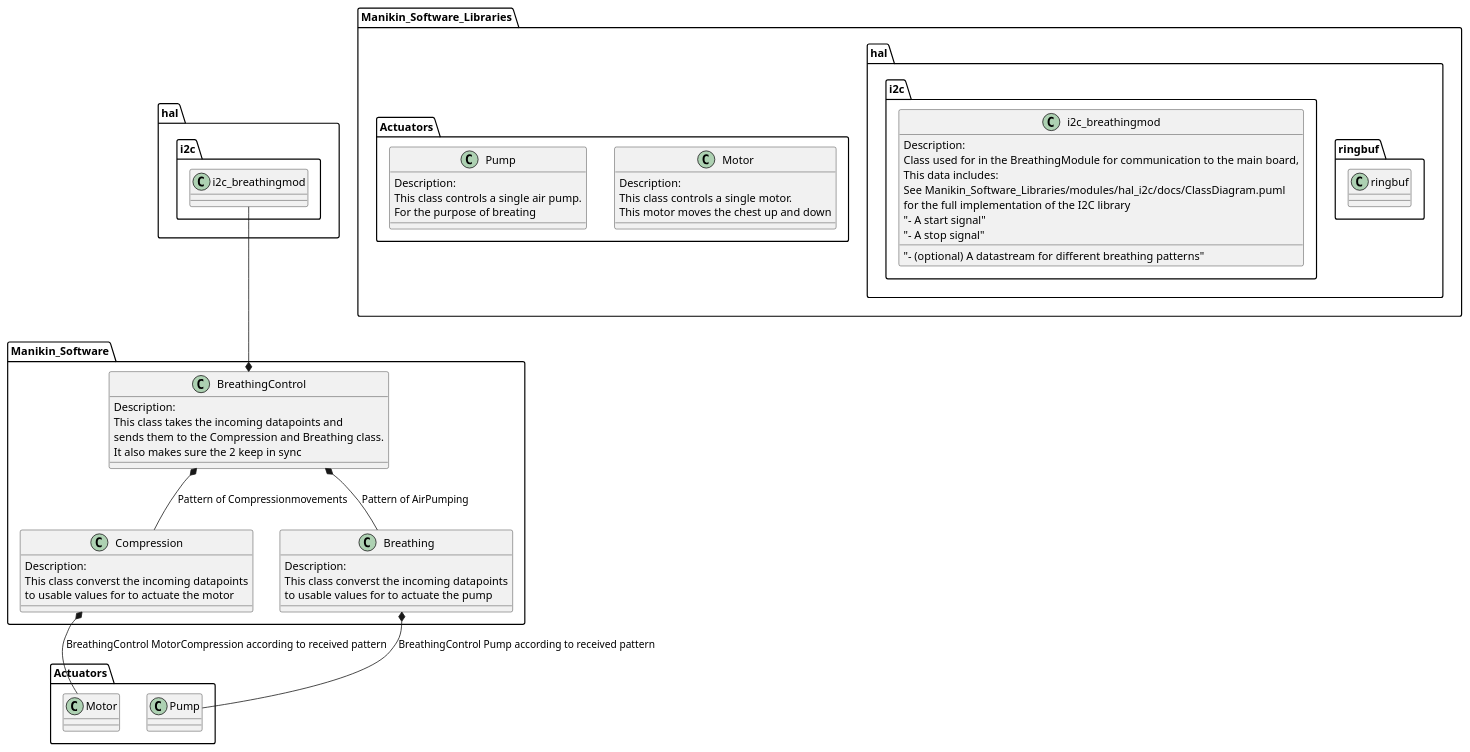
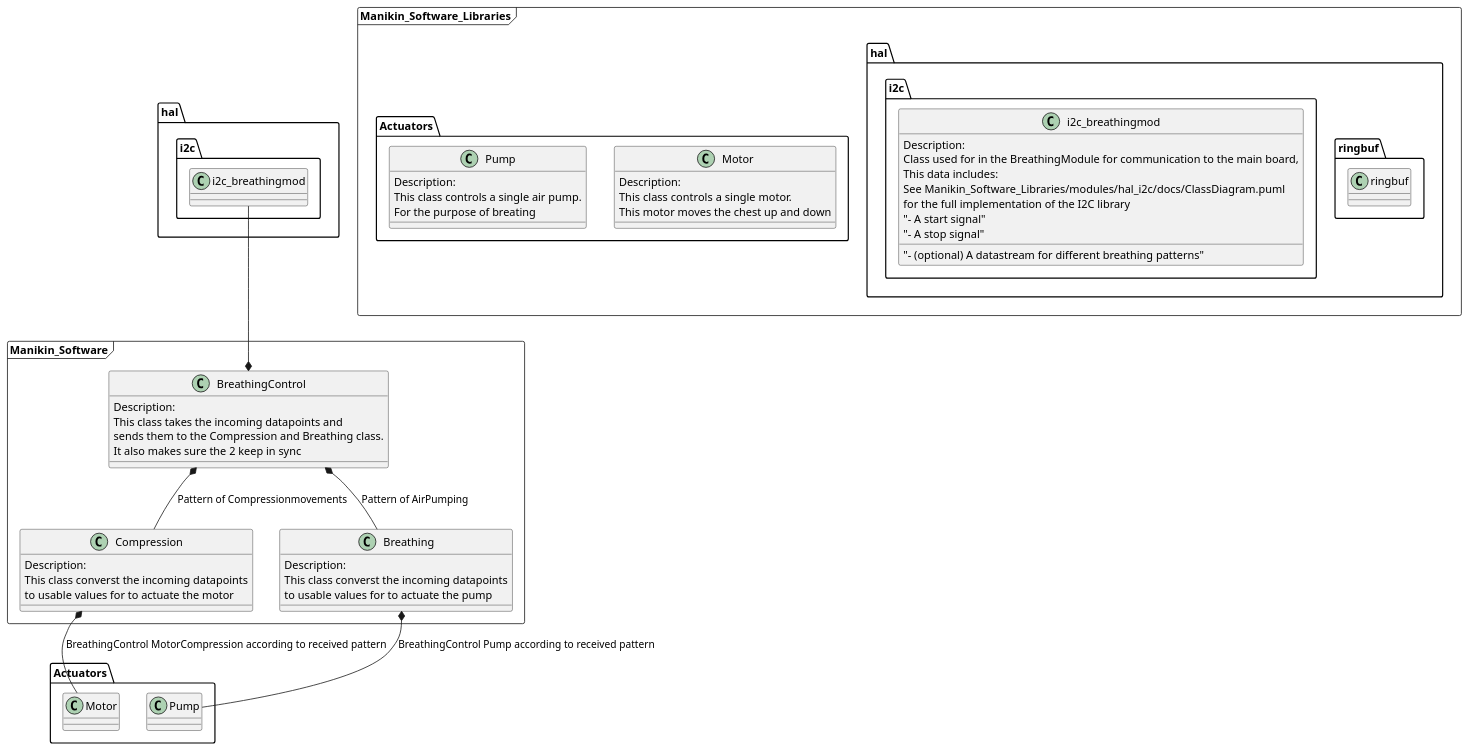
One commit to RobotPatient/Manikin_Software changed the diagram in ActuatorHub-breathingModule/docs/ClassDiagram.puml. Above: the diagram before and after it, drawn with PlantUML. The commit also changed 2 other files, not shown here.

Commit message:
-enh classdiagram for clarity -add breathing and compression classes

```diff
--- a/ActuatorHub-breathingModule/docs/ClassDiagram.puml
+++ b/ActuatorHub-breathingModule/docs/ClassDiagram.puml
@@ -1,65 +1,65 @@
 @startuml ClassDesign
 
 set separator ::
 
-package Manikin_Software {
+package Manikin_Software <<frame>> {
     class BreathingControl {
         Description:
         This class takes the incoming datapoints and
         sends them to the Compression and Breathing class.
         It also makes sure the 2 keep in sync
     }
 
     class Compression {
         Description:
         This class converst the incoming datapoints
         to usable values for to actuate the motor
     }
 
     class Breathing {
         Description:
         This class converst the incoming datapoints
         to usable values for to actuate the pump
     }
 }
 
-package Manikin_Software_Libraries {
+package Manikin_Software_Libraries <<frame>> {
     namespace hal::ringbuf {
         class ringbuf {
 
         }
     }
     namespace Actuators {
         class Motor {
             Description:
             This class controls a single motor.
             This motor moves the chest up and down
         }
 
         class Pump {
             Description:
             This class controls a single air pump.
             For the purpose of breating
         }
     }
     namespace hal::i2c {
         class i2c_breathingmod {
             Description:
             Class used for in the BreathingModule for communication to the main board,
             This data includes:
             See Manikin_Software_Libraries/modules/hal_i2c/docs/ClassDiagram.puml
             for the full implementation of the I2C library
             "- A start signal"
             "- A stop signal"
             "- (optional) A datastream for different breathing patterns"
         }
     }
 }
 
 hal::i2c::i2c_breathingmod --* BreathingControl 
 BreathingControl *-- Compression : Pattern of Compressionmovements
 BreathingControl *-- Breathing : Pattern of AirPumping
 Compression   *-- Actuators::Motor : BreathingControl MotorCompression according to received pattern
 Breathing *-- Actuators::Pump : BreathingControl Pump according to received pattern
 
 @enduml
```
